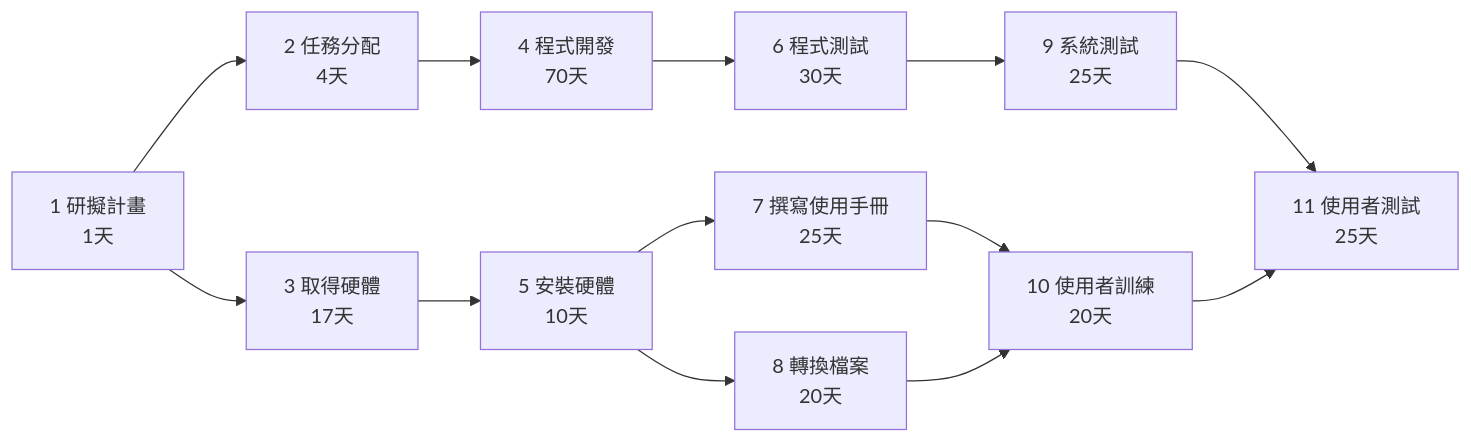
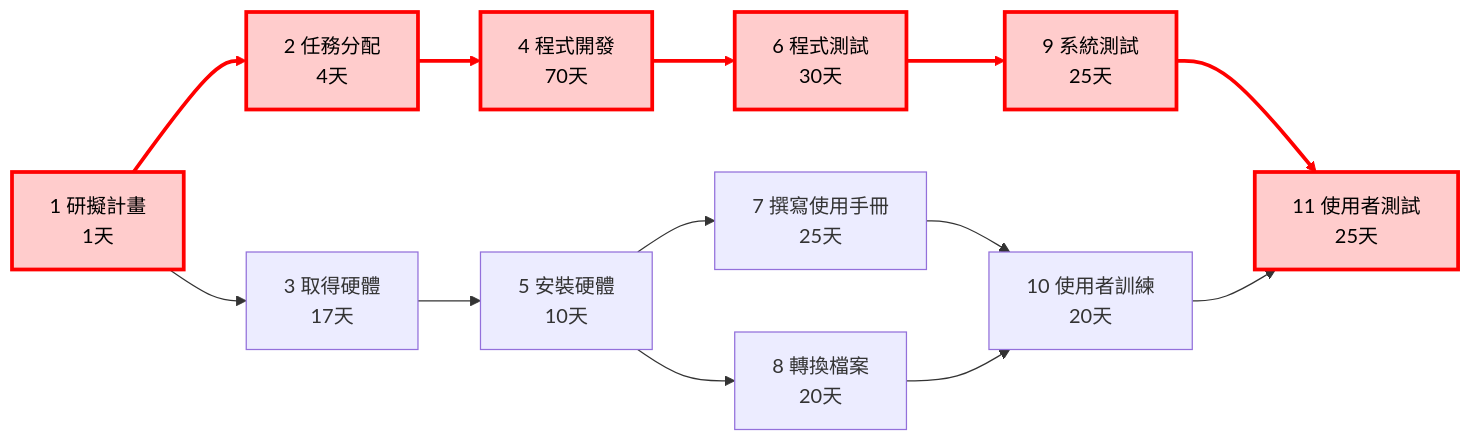
Before and after one commit to c113118211-glitch/115-b-yunjie: the first of 2 diagrams in hw2.md, drawn with Mermaid. The commit also changed other lines of this file, not shown here.

````diff
--- a/hw2.md
+++ b/hw2.md
@@ -37,28 +37,37 @@
 ```mermaid
 flowchart LR
 
     A["1 研擬計畫<br/>1天"]
     B["2 任務分配<br/>4天"]
     C["3 取得硬體<br/>17天"]
     D["4 程式開發<br/>70天"]
     E["5 安裝硬體<br/>10天"]
     F["6 程式測試<br/>30天"]
     G["7 撰寫使用手冊<br/>25天"]
     H["8 轉換檔案<br/>20天"]
     I["9 系統測試<br/>25天"]
     J["10 使用者訓練<br/>20天"]
     K["11 使用者測試<br/>25天"]
 
     A --> B
     A --> C
     B --> D
     C --> E
     D --> F
     E --> G
     E --> H
     F --> I
     G --> J
     H --> J
     I --> K
     J --> K
+
+    classDef critical fill:#ffcccc,stroke:#ff0000,stroke-width:3px,color:#000000;
+    class A,B,D,F,I,K critical;
+
+    linkStyle 0 stroke:#ff0000,stroke-width:3px;
+    linkStyle 2 stroke:#ff0000,stroke-width:3px;
+    linkStyle 4 stroke:#ff0000,stroke-width:3px;
+    linkStyle 7 stroke:#ff0000,stroke-width:3px;
+    linkStyle 10 stroke:#ff0000,stroke-width:3px;
 ```
````
